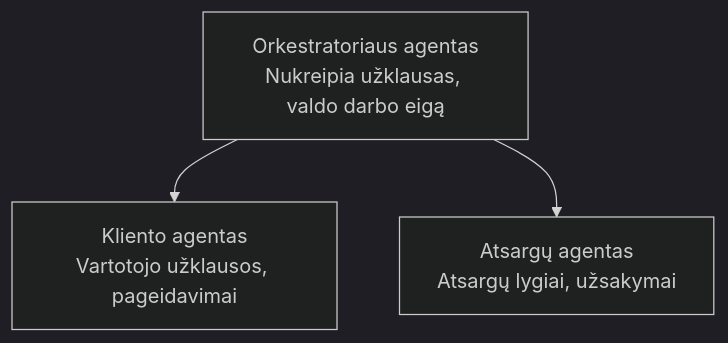
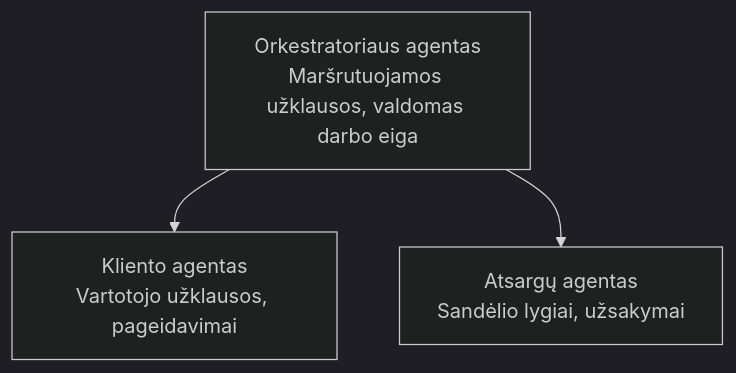
One commit to microsoft/AZD-for-beginners changed the diagram in translations/lt/docs/chapter-05-multi-agent/README.md. Above: the diagram before and after it, drawn with Mermaid (dark theme). The commit also changed other lines of this file and 101 other files, not shown here.

````diff
--- a/translations/lt/docs/chapter-05-multi-agent/README.md
+++ b/translations/lt/docs/chapter-05-multi-agent/README.md
@@ -50,5 +52,5 @@
 ```mermaid
 graph TD
-    Orchestrator[Orkestratoriaus agentas<br/>Nukreipia užklausas, valdo darbo eigą] --> Customer[Kliento agentas<br/>Vartotojo užklausos, pageidavimai]
-    Orchestrator --> Inventory[Atsargų agentas<br/>Atsargų lygiai, užsakymai]
+    Orchestrator[Orkestratoriaus agentas<br/>Maršrutuojamos užklausos, valdomas darbo eiga] --> Customer[Kliento agentas<br/>Vartotojo užklausos, pageidavimai]
+    Orchestrator --> Inventory[Atsargų agentas<br/>Sandėlio lygiai, užsakymai]
 ```
````
